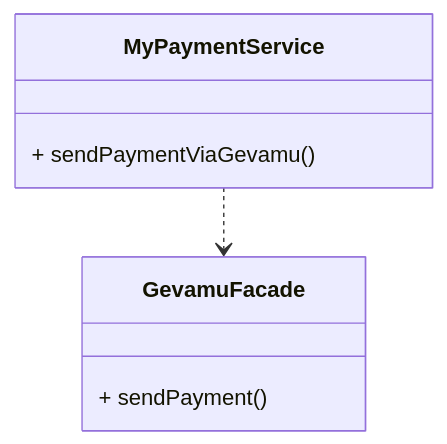
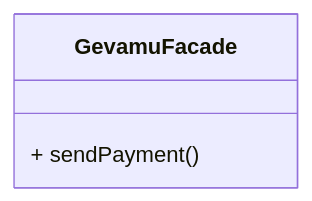
The first of 3 diagrams in content/4.examples/send-payment.md (gevamu/gevamu.github.io), drawn with Mermaid before and after one commit.

Commit message:
[DO-518] class diagram updated

````diff
--- a/content/4.examples/send-payment.md
+++ b/content/4.examples/send-payment.md
@@ -5,11 +5,6 @@
 ```mermaid
 classDiagram
-  class MyPaymentService {
-    + sendPaymentViaGevamu()
-  }
   class GevamuFacade {
     + sendPayment()
   }
-
-  MyPaymentService ..> GevamuFacade
 ```
````
